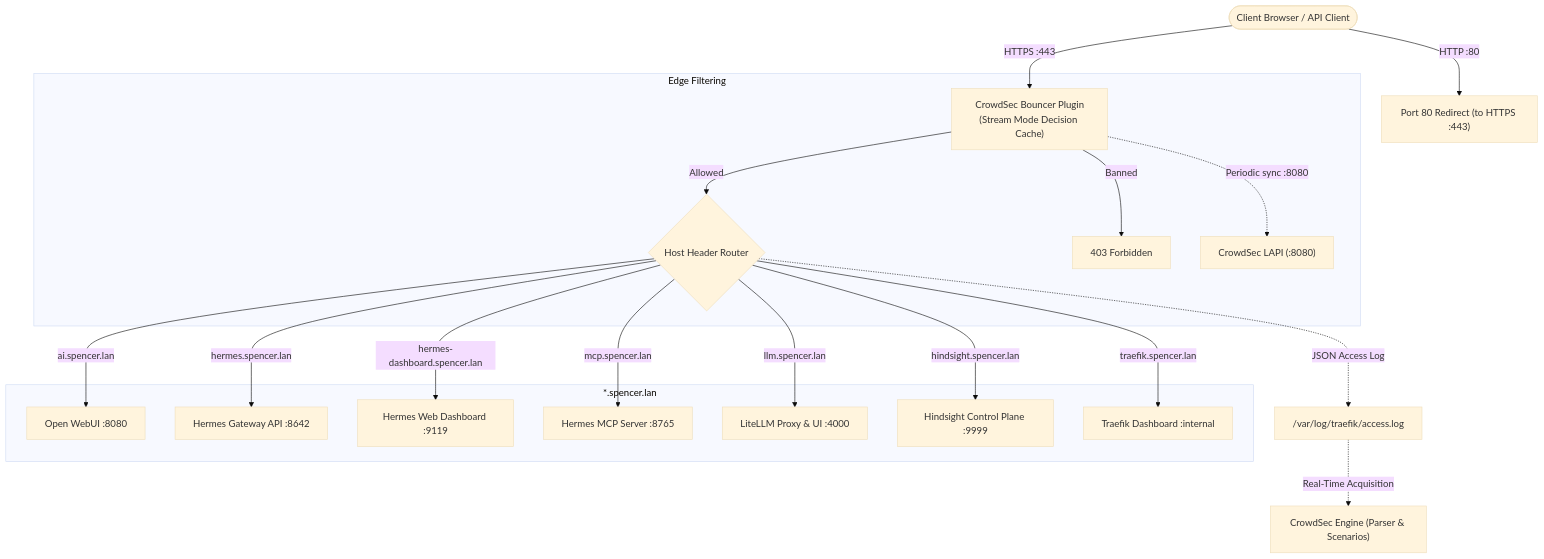
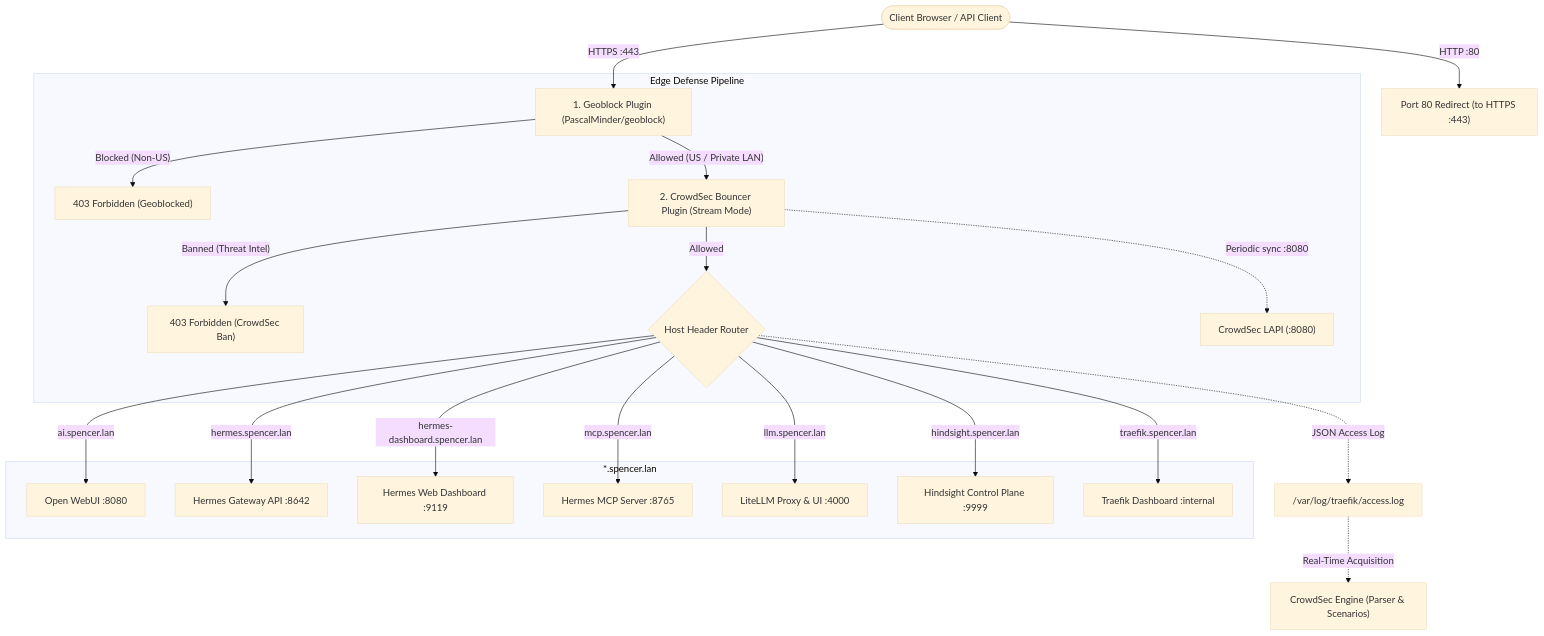
The diagram in docs/traefik.md (jamesbspencer/homelab), drawn with Mermaid (base theme) before and after one commit. The commit also changed other lines of this file and 5 other files, not shown here.

First line of the commit message:
feat(traefik): implement inbound geoblock plugin allowing US only

````diff
--- a/docs/traefik.md
+++ b/docs/traefik.md
@@ -18,24 +20,26 @@
 ```mermaid
 flowchart TD
     Client([Client Browser / API Client]) -->|HTTP :80| Redirect["Port 80 Redirect (to HTTPS :443)"]
-    Client -->|HTTPS :443| Bouncer["CrowdSec Bouncer Plugin\n(Stream Mode Decision Cache)"]
+    Client -->|HTTPS :443| Geo["1. Geoblock Plugin (PascalMinder/geoblock)"]
     
-    subgraph Edge Filtering
+    subgraph Edge Defense Pipeline
+        Geo -- "Blocked (Non-US)" --> GeoBlock["403 Forbidden (Geoblocked)"]
+        Geo -- "Allowed (US / Private LAN)" --> Bouncer["2. CrowdSec Bouncer Plugin (Stream Mode)"]
+        Bouncer -- "Banned (Threat Intel)" --> CSBlock["403 Forbidden (CrowdSec Ban)"]
         Bouncer -- "Allowed" --> Router{"Host Header Router"}
-        Bouncer -- "Banned" --> Blocked["403 Forbidden"]
         Bouncer -.->|Periodic sync :8080| LAPI["CrowdSec LAPI (:8080)"]
     end
 
     subgraph Service Routing [*.spencer.lan]
         Router -->|ai.spencer.lan| OpenWebUI[Open WebUI :8080]
         Router -->|hermes.spencer.lan| HermesGateway[Hermes Gateway API :8642]
         Router -->|hermes-dashboard.spencer.lan| HermesDash[Hermes Web Dashboard :9119]
         Router -->|mcp.spencer.lan| HermesMCP[Hermes MCP Server :8765]
         Router -->|llm.spencer.lan| LiteLLM[LiteLLM Proxy & UI :4000]
         Router -->|hindsight.spencer.lan| HindsightUI[Hindsight Control Plane :9999]
         Router -->|traefik.spencer.lan| TraefikDash[Traefik Dashboard :internal]
     end
 
     Router -.->|JSON Access Log| AccessLog["/var/log/traefik/access.log"]
     AccessLog -.->|Real-Time Acquisition| CrowdSecEngine["CrowdSec Engine (Parser & Scenarios)"]
 ```
````
